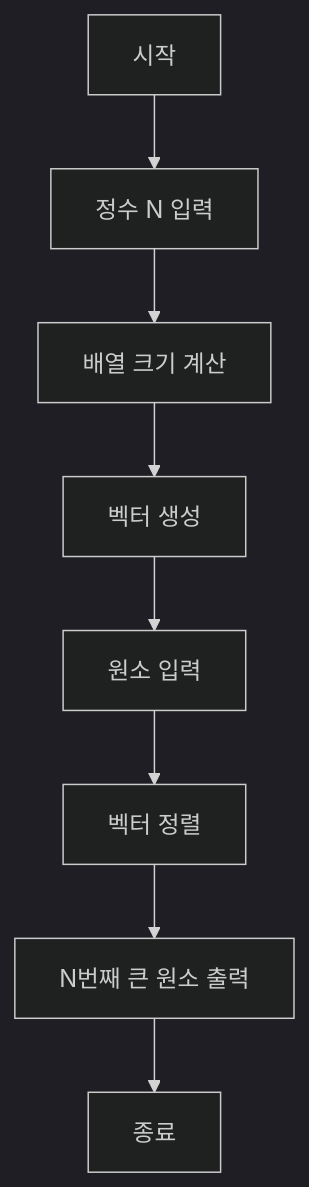
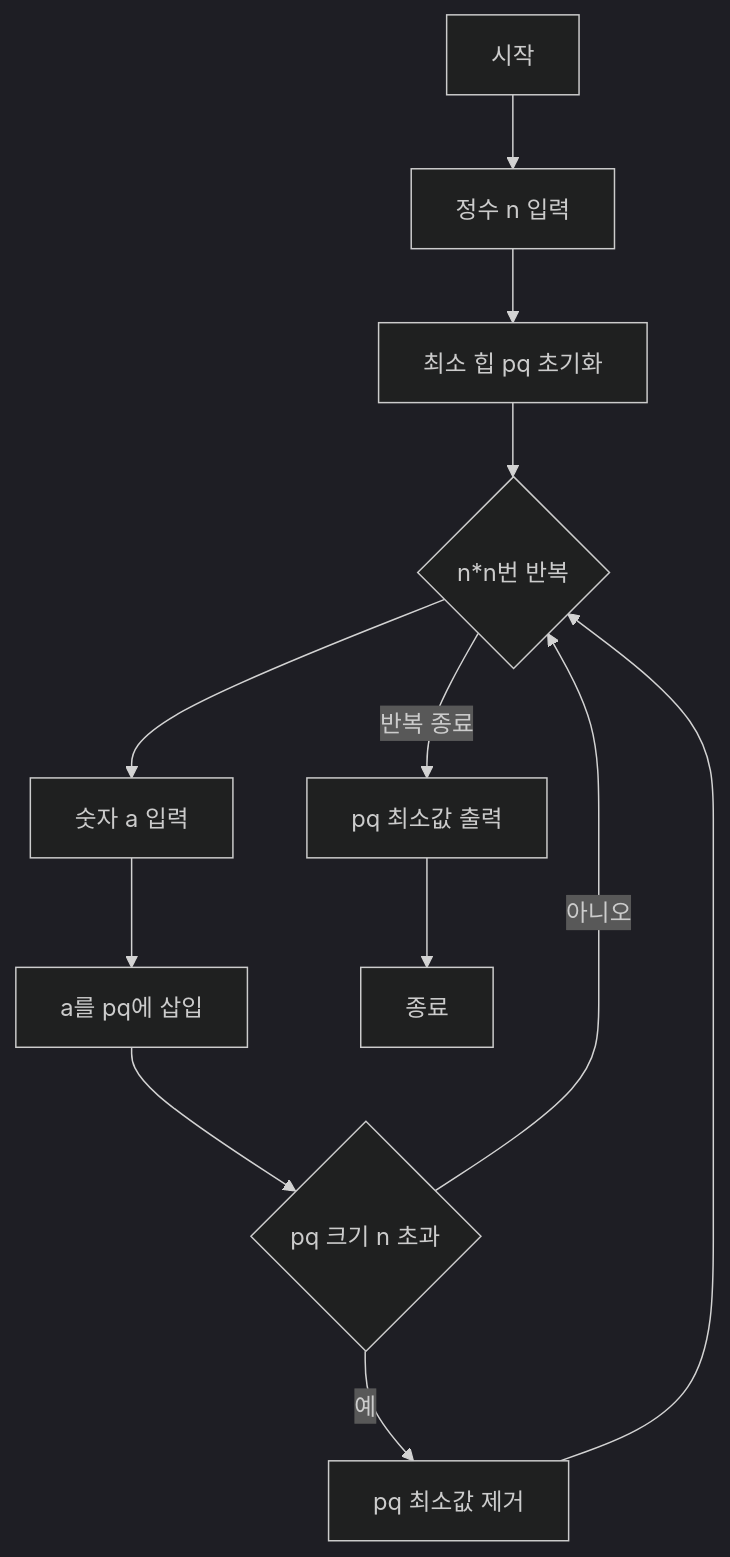
Before and after one commit to gmlwlsdl/Algorithm: the diagram in 백준/Silver/2075. N번째 큰 수/ANALYSIS.md, drawn with Mermaid (dark theme). The commit also changed other lines of this file, not shown here.

Commit message:
docs: 백준/Silver/2075. N번째 큰 수/N번째 큰 수.cc analysis

````diff
--- a/백준/Silver/2075. N번째 큰 수/ANALYSIS.md
+++ b/백준/Silver/2075. N번째 큰 수/ANALYSIS.md
@@ -3,10 +1,14 @@
 ```mermaid
 graph TD
-    A[시작] --> B[정수 N 입력]
-    B --> C[배열 크기 계산]
-    C --> D[벡터 생성]
-    D --> E[원소 입력]
-    E --> F[벡터 정렬]
-    F --> G[N번째 큰 원소 출력]
-    G --> H[종료]
+    A[시작] --> B[정수 n 입력]
+    B --> C[최소 힙 pq 초기화]
+    C --> D{n*n번 반복}
+    D --> E[숫자 a 입력]
+    E --> F[a를 pq에 삽입]
+    F --> G{pq 크기 n 초과}
+    G -- 예 --> H[pq 최소값 제거]
+    H --> D
+    G -- 아니오 --> D
+    D -- 반복 종료 --> I[pq 최소값 출력]
+    I --> J[종료]
 ```
````
